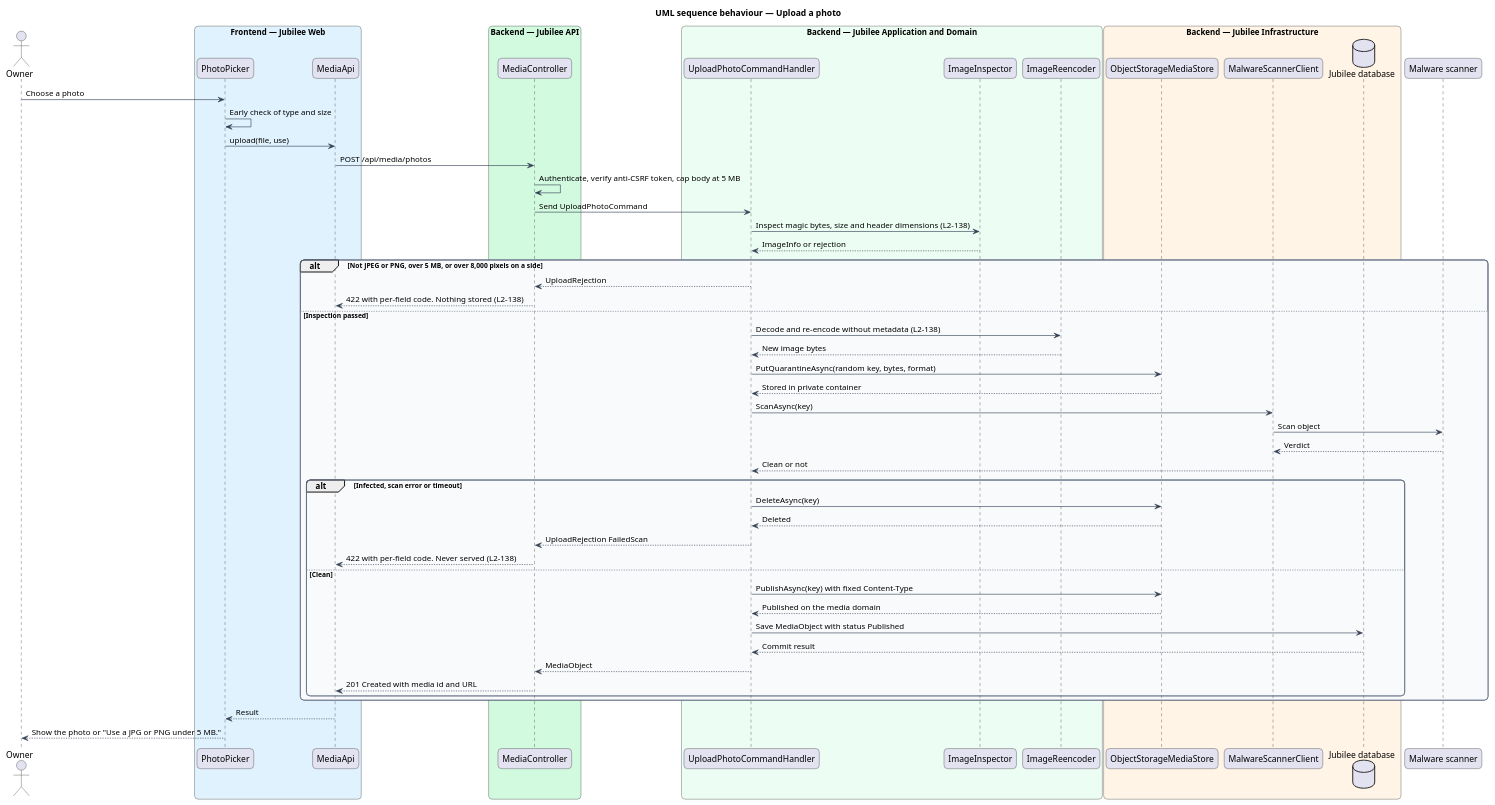
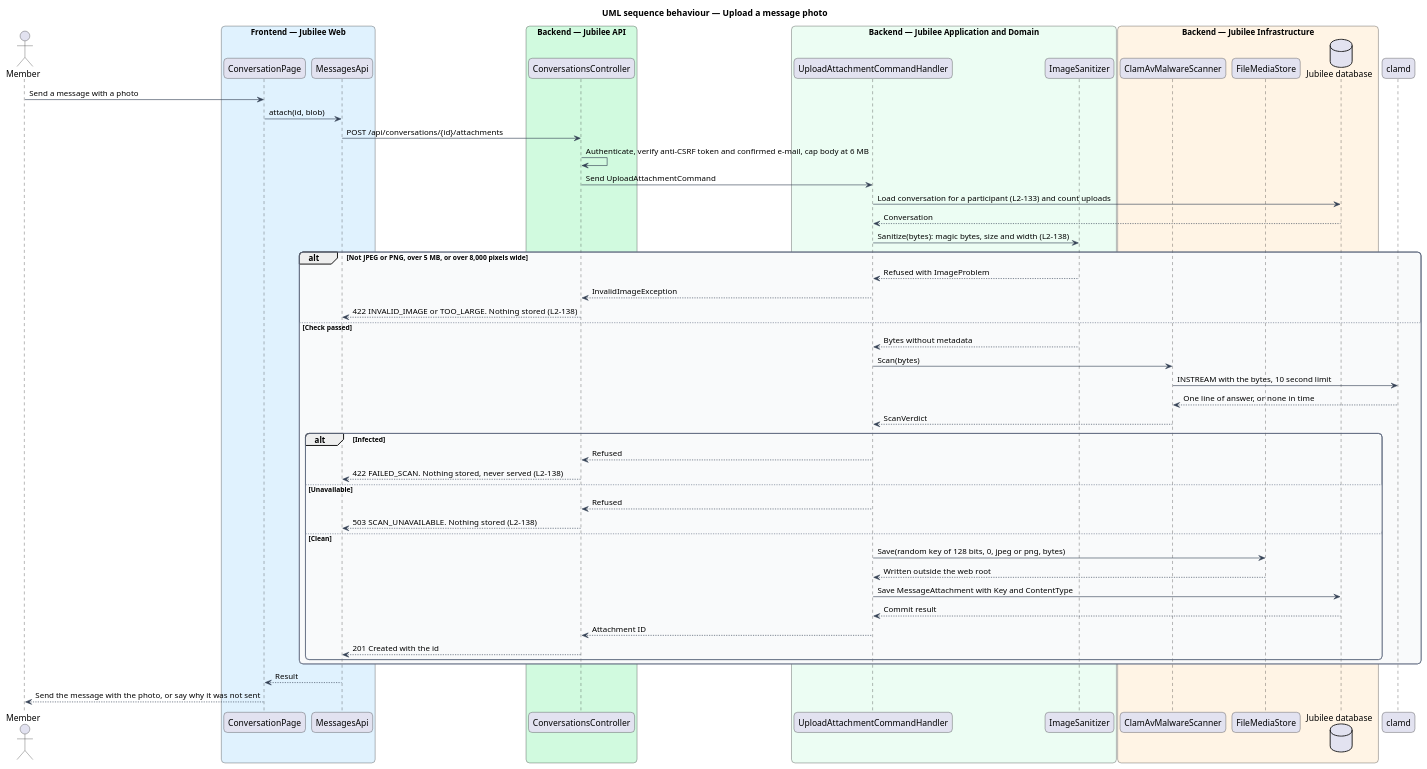
Before and after one commit to QuinntyneBrown/jubilee: the diagram in docs/detailed-designs/security/secure-uploads/diagrams/sequence-upload-photo.puml, drawn with PlantUML. The commit also changed 62 other files, not shown here.

Commit message:
Bring the messaging and secure-uploads designs in line with the code and ADR 0050

```diff
--- a/docs/detailed-designs/security/secure-uploads/diagrams/sequence-upload-photo.puml
+++ b/docs/detailed-designs/security/secure-uploads/diagrams/sequence-upload-photo.puml
@@ -1,72 +1,70 @@
 @startuml
-title UML sequence behaviour — Upload a photo
+title UML sequence behaviour — Upload a message photo
 skinparam backgroundColor #FFFFFF
 skinparam shadowing false
 skinparam roundcorner 12
 skinparam defaultFontName Arial
 skinparam ArrowColor #344054
 skinparam rectangle {
   BorderColor #344054
   FontColor #101828
 }
 skinparam package {
   BorderColor #667085
   FontColor #101828
   BackgroundColor #F9FAFB
 }
-actor "Owner" as user
+actor "Member" as user
 box "Frontend — Jubilee Web" #E0F2FE
-  participant "PhotoPicker" as picker
-  participant "MediaApi" as client
+  participant "ConversationPage" as page
+  participant "MessagesApi" as client
 end box
 box "Backend — Jubilee API" #D1FADF
-  participant "MediaController" as controller
+  participant "ConversationsController" as controller
 end box
 box "Backend — Jubilee Application and Domain" #ECFDF3
-  participant "UploadPhotoCommandHandler" as handler
-  participant "ImageInspector" as inspector
-  participant "ImageReencoder" as reencoder
+  participant "UploadAttachmentCommandHandler" as handler
+  participant "ImageSanitizer" as sanitizer
 end box
 box "Backend — Jubilee Infrastructure" #FFF4E5
-  participant "ObjectStorageMediaStore" as store
-  participant "MalwareScannerClient" as scan
+  participant "ClamAvMalwareScanner" as scan
+  participant "FileMediaStore" as store
   database "Jubilee database" as db
 end box
-participant "Malware scanner" as scanner
-user -> picker : Choose a photo
-picker -> picker : Early check of type and size
-picker -> client : upload(file, use)
-client -> controller : POST /api/media/photos
-controller -> controller : Authenticate, verify anti-CSRF token, cap body at 5 MB
-controller -> handler : Send UploadPhotoCommand
-handler -> inspector : Inspect magic bytes, size and header dimensions (L2-138)
-inspector --> handler : ImageInfo or rejection
-alt Not JPEG or PNG, over 5 MB, or over 8,000 pixels on a side
-  handler --> controller : UploadRejection
-  controller --> client : 422 with per-field code. Nothing stored (L2-138)
-else Inspection passed
-  handler -> reencoder : Decode and re-encode without metadata (L2-138)
-  reencoder --> handler : New image bytes
-  handler -> store : PutQuarantineAsync(random key, bytes, format)
-  store --> handler : Stored in private container
-  handler -> scan : ScanAsync(key)
-  scan -> scanner : Scan object
-  scanner --> scan : Verdict
-  scan --> handler : Clean or not
-  alt Infected, scan error or timeout
-    handler -> store : DeleteAsync(key)
-    store --> handler : Deleted
-    handler --> controller : UploadRejection FailedScan
-    controller --> client : 422 with per-field code. Never served (L2-138)
+participant "clamd" as scanner
+user -> page : Send a message with a photo
+page -> client : attach(id, blob)
+client -> controller : POST /api/conversations/{id}/attachments
+controller -> controller : Authenticate, verify anti-CSRF token and confirmed e-mail, cap body at 6 MB
+controller -> handler : Send UploadAttachmentCommand
+handler -> db : Load conversation for a participant (L2-133) and count uploads
+db --> handler : Conversation
+handler -> sanitizer : Sanitize(bytes): magic bytes, size and width (L2-138)
+alt Not JPEG or PNG, over 5 MB, or over 8,000 pixels wide
+  sanitizer --> handler : Refused with ImageProblem
+  handler --> controller : InvalidImageException
+  controller --> client : 422 INVALID_IMAGE or TOO_LARGE. Nothing stored (L2-138)
+else Check passed
+  sanitizer --> handler : Bytes without metadata
+  handler -> scan : Scan(bytes)
+  scan -> scanner : INSTREAM with the bytes, 10 second limit
+  scanner --> scan : One line of answer, or none in time
+  scan --> handler : ScanVerdict
+  alt Infected
+    handler --> controller : Refused
+    controller --> client : 422 FAILED_SCAN. Nothing stored, never served (L2-138)
+  else Unavailable
+    handler --> controller : Refused
+    controller --> client : 503 SCAN_UNAVAILABLE. Nothing stored (L2-138)
   else Clean
-    handler -> store : PublishAsync(key) with fixed Content-Type
-    store --> handler : Published on the media domain
-    handler -> db : Save MediaObject with status Published
+    handler -> store : Save(random key of 128 bits, 0, jpeg or png, bytes)
+    store --> handler : Written outside the web root
+    handler -> db : Save MessageAttachment with Key and ContentType
     db --> handler : Commit result
-    handler --> controller : MediaObject
-    controller --> client : 201 Created with media id and URL
+    handler --> controller : Attachment ID
+    controller --> client : 201 Created with the id
   end
 end
-client --> picker : Result
-picker --> user : Show the photo or "Use a JPG or PNG under 5 MB."
+client --> page : Result
+page --> user : Send the message with the photo, or say why it was not sent
 @enduml
```
